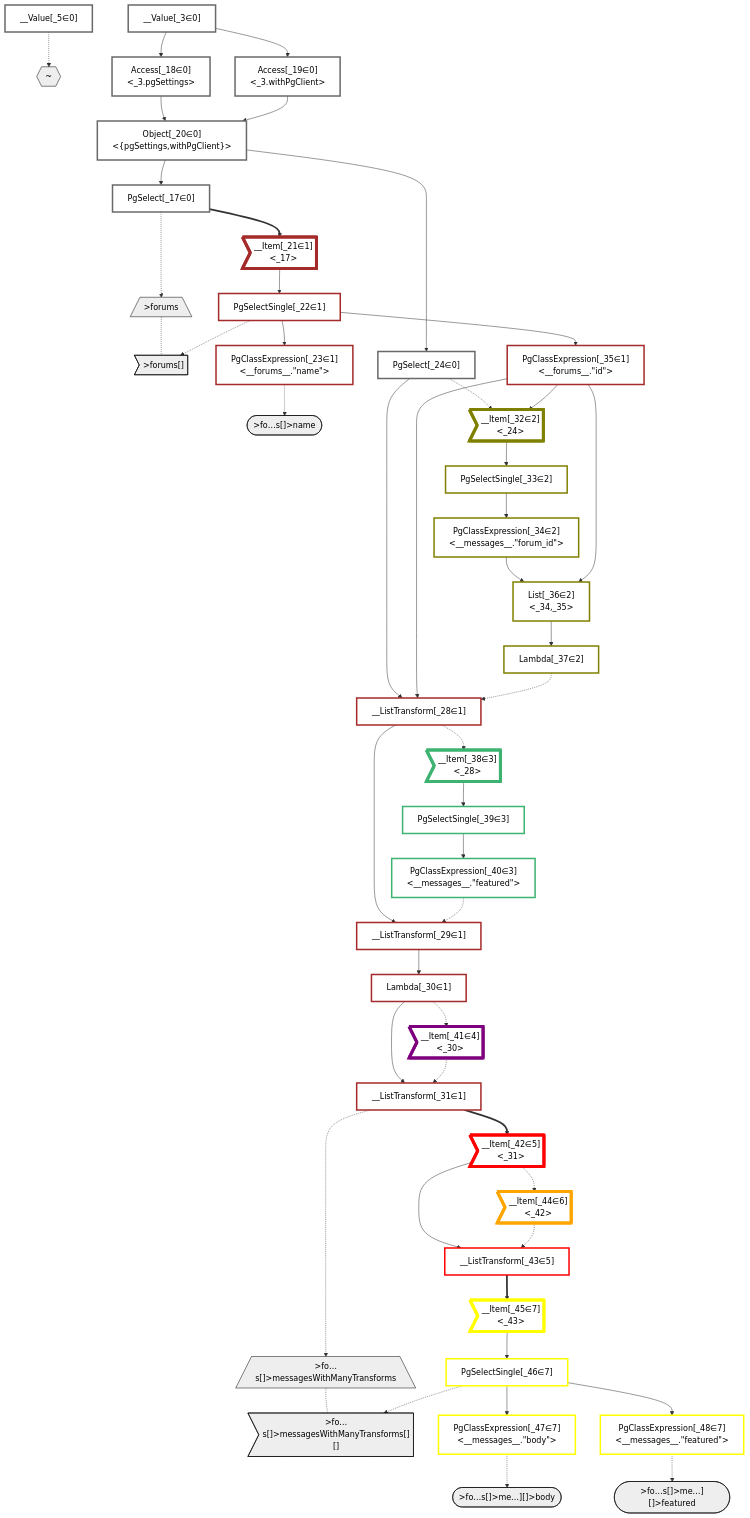
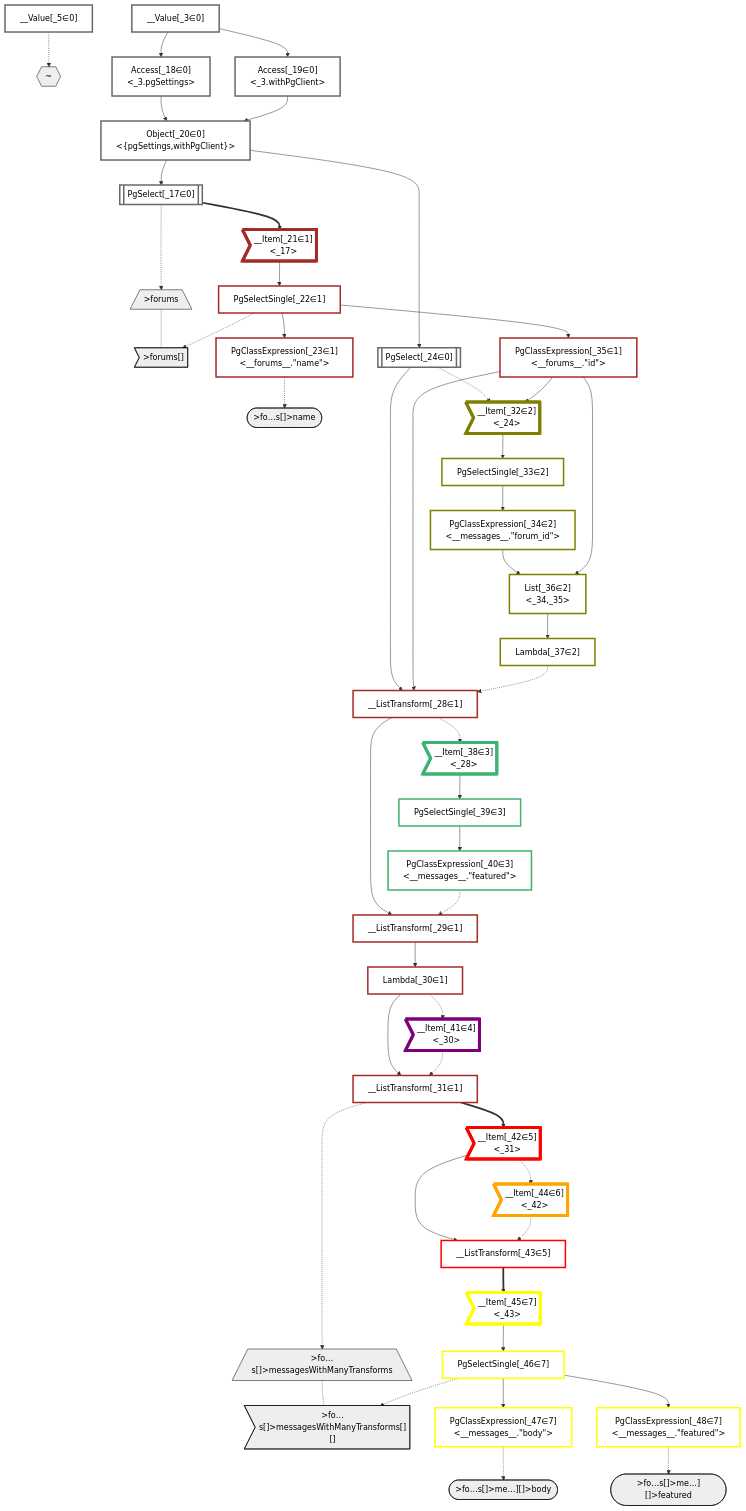
The diagram in packages/dataplan-pg/__tests__/queries/functions/computed-column-forums-messages-with-many-transforms.deopt.mermaid.md (graphile/crystal), drawn with Mermaid before and after one commit. The commit also changed 195 other files, not shown here.

```diff
--- a/packages/dataplan-pg/__tests__/queries/functions/computed-column-forums-messages-with-many-transforms.deopt.mermaid.md
+++ b/packages/dataplan-pg/__tests__/queries/functions/computed-column-forums-messages-with-many-transforms.deopt.mermaid.md
@@ -26,14 +26,14 @@
     %% define plans
     __Value_3["__Value[_3∈0]<br /><context>"]:::plan
     __Value_5["__Value[_5∈0]<br /><rootValue>"]:::plan
-    PgSelect_17["PgSelect[_17∈0]<br /><forums>"]:::plan
+    PgSelect_17[["PgSelect[_17∈0]<br /><forums>"]]:::plan
     Access_18["Access[_18∈0]<br /><_3.pgSettings>"]:::plan
     Access_19["Access[_19∈0]<br /><_3.withPgClient>"]:::plan
     Object_20["Object[_20∈0]<br /><{pgSettings,withPgClient}>"]:::plan
     __Item_21>"__Item[_21∈1]<br /><_17>"]:::itemplan
     PgSelectSingle_22["PgSelectSingle[_22∈1]<br /><forums>"]:::plan
     PgClassExpression_23["PgClassExpression[_23∈1]<br /><__forums__.#quot;name#quot;>"]:::plan
-    PgSelect_24["PgSelect[_24∈0]<br /><messages>"]:::plan
+    PgSelect_24[["PgSelect[_24∈0]<br /><messages>"]]:::plan
     __ListTransform_28["__ListTransform[_28∈1]<br /><filter:_24>"]:::plan
     __ListTransform_29["__ListTransform[_29∈1]<br /><groupBy:_28>"]:::plan
     Lambda_30["Lambda[_30∈1]"]:::plan
```
